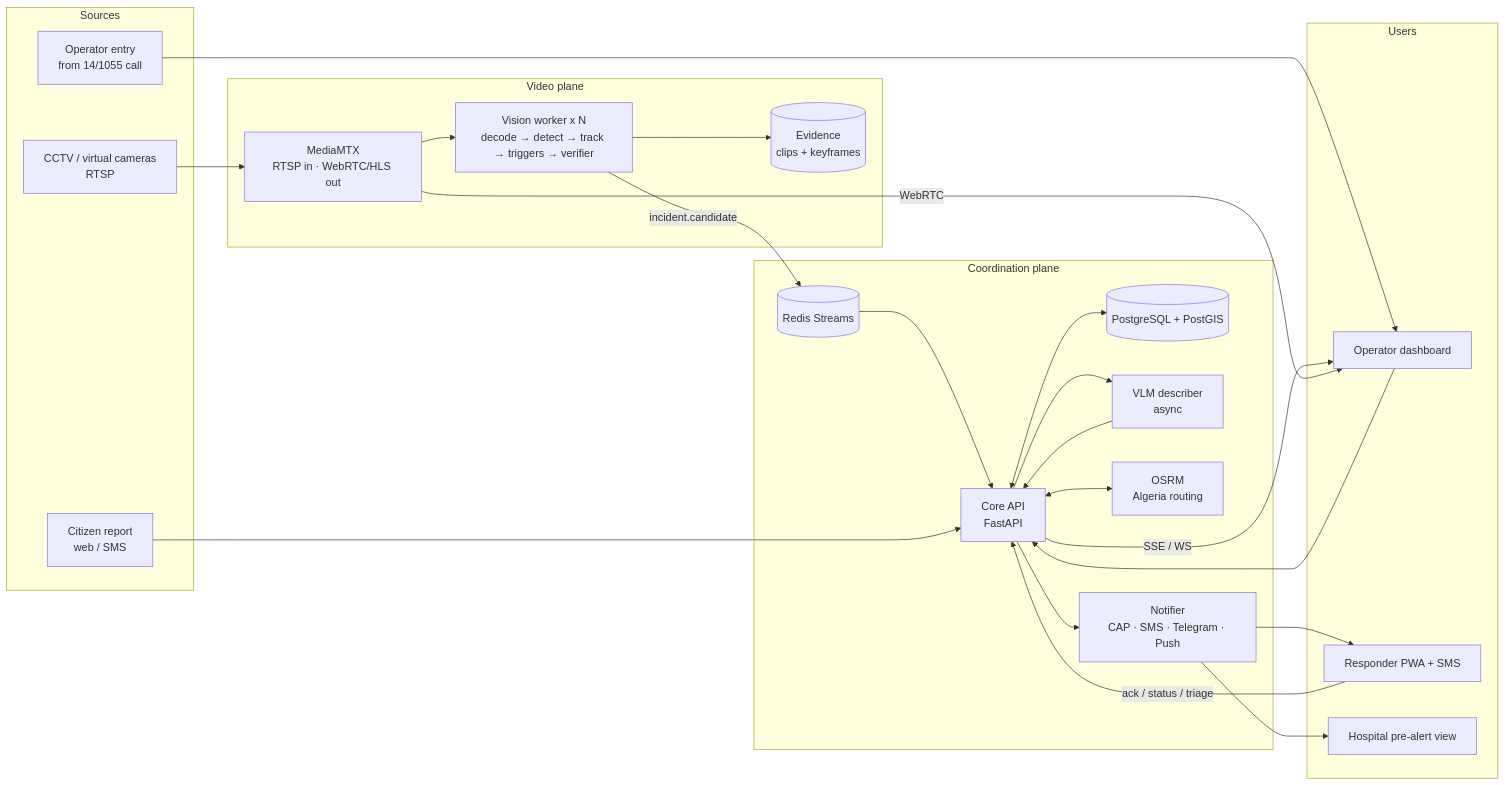
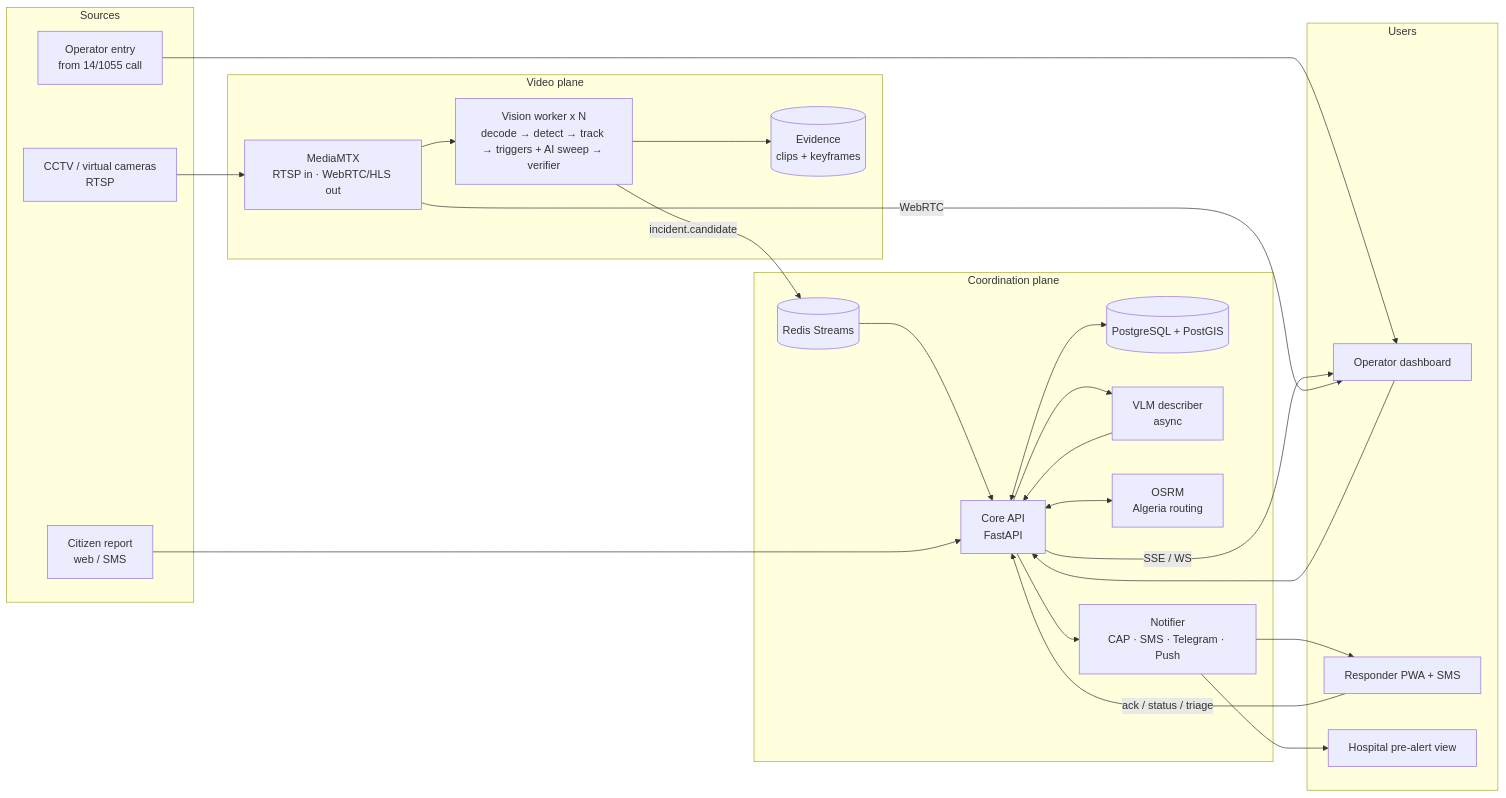
The first of 3 diagrams in docs/05-architecture-and-stack.md (Nadjeet/nadjet), drawn with Mermaid before and after one commit. The commit also changed other lines of this file and 11 other files, not shown here.

Commit message:
docs: merge AI design into PRD and docs with sweep, graded statuses and evidence-based verifier

````diff
--- a/docs/05-architecture-and-stack.md
+++ b/docs/05-architecture-and-stack.md
@@ -16,38 +16,38 @@
 ```mermaid
 flowchart LR
   subgraph Sources
     CAM[CCTV / virtual cameras<br/>RTSP]
     CIT[Citizen report<br/>web / SMS]
     OPS[Operator entry<br/>from 14/1055 call]
   end
   subgraph Video[Video plane]
     MTX[MediaMTX<br/>RTSP in · WebRTC/HLS out]
-    VW[Vision worker x N<br/>decode → detect → track → triggers → verifier]
+    VW[Vision worker x N<br/>decode → detect → track → triggers + AI sweep → verifier]
     RB[(Evidence<br/>clips + keyframes)]
   end
   subgraph Core[Coordination plane]
     BUS[(Redis Streams)]
     API[Core API<br/>FastAPI]
     DB[(PostgreSQL + PostGIS)]
     VLM[VLM describer<br/>async]
     OSRM[OSRM<br/>Algeria routing]
     NOT[Notifier<br/>CAP · SMS · Telegram · Push]
   end
   subgraph Users
     OPUI[Operator dashboard]
     RESP[Responder PWA + SMS]
     HOSP[Hospital pre-alert view]
   end
   CAM --> MTX --> VW
   VW --> RB
   VW -- incident.candidate --> BUS --> API
   CIT --> API
   OPS --> OPUI --> API
   API <--> DB
   API --> VLM --> API
   API <--> OSRM
   API --> NOT --> RESP & HOSP
   RESP -- ack / status / triage --> API
   API -- SSE / WS --> OPUI
   MTX -- WebRTC --> OPUI
 ```
````
